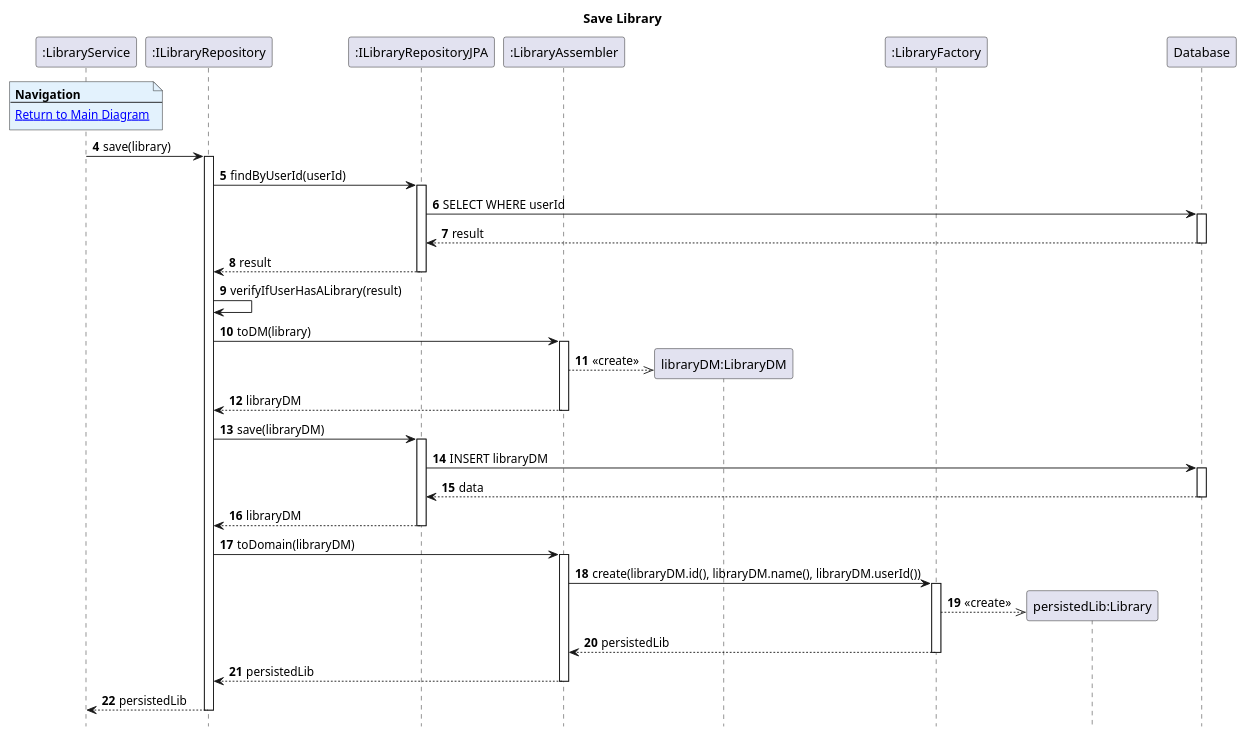
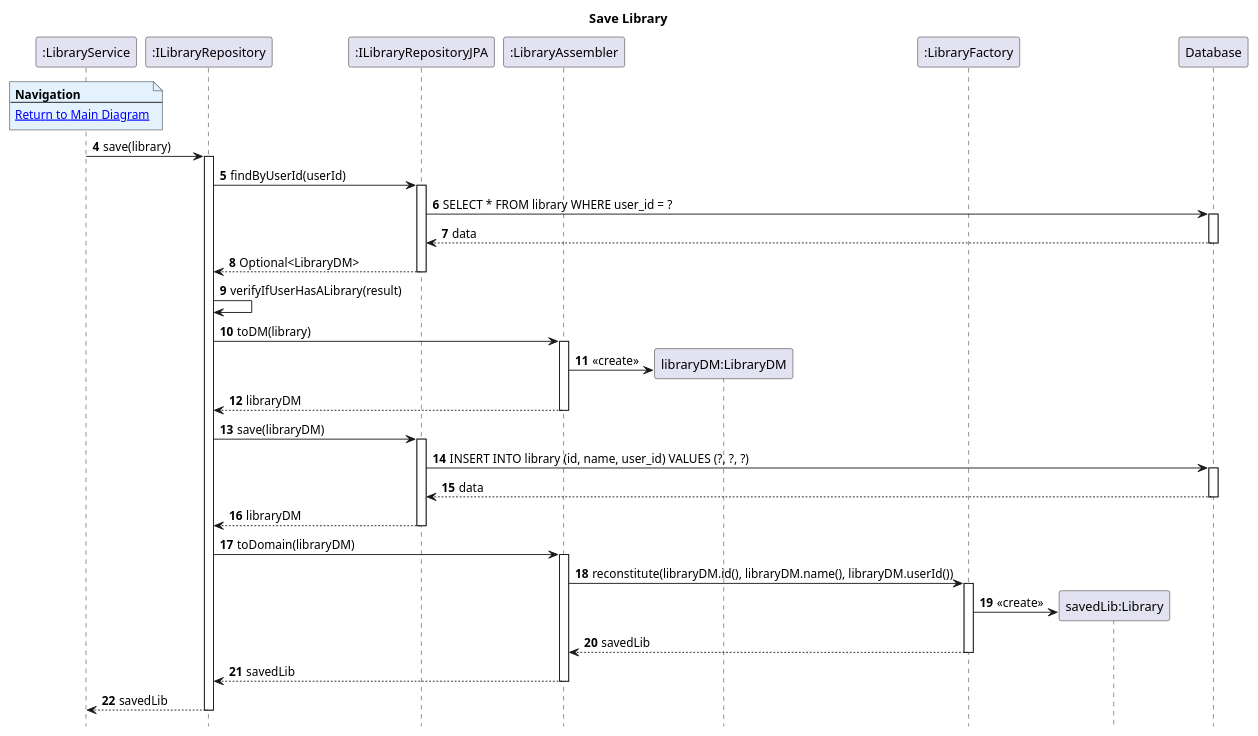
One commit to AndrePereiraGitH/SWitCH-Project-Team_A changed the diagram in Diagrams/SequenceDiagrams/N2/To-Create-Library/4.SaveLibrary.puml. Above: the diagram before and after it, drawn with PlantUML. The commit also changed 3 other files, not shown here.

Commit message:
docs #651:  Update SD & CD to remove UserAssembler, fix SQL and align return types

```diff
--- a/Diagrams/SequenceDiagrams/N2/To-Create-Library/4.SaveLibrary.puml
+++ b/Diagrams/SequenceDiagrams/N2/To-Create-Library/4.SaveLibrary.puml
@@ -1,71 +1,71 @@
 @startuml
 hide footbox
 autonumber 4
 title Save Library
 
 participant ":LibraryService" as service
 participant ":ILibraryRepository" as LibraryRepo
 participant ":ILibraryRepositoryJPA" as libraryJpa
 participant ":LibraryAssembler" as assembler
 participant "libraryDM:LibraryDM" as dm
 participant ":LibraryFactory" as factory
-participant "persistedLib:Library" as persistedLib
+participant "savedLib:Library" as persistedLib
 participant "Database" as db
 
 note over service #E3F2FD
 <b>Navigation</b>
 ---
 [[1.MainDiagram.puml Return to Main Diagram]]
 end note
 
 service -> LibraryRepo: save(library)
 activate LibraryRepo
 
 LibraryRepo -> libraryJpa: findByUserId(userId)
 activate libraryJpa
 
-libraryJpa -> db: SELECT WHERE userId
+libraryJpa -> db: SELECT * FROM library WHERE user_id = ?
 activate db
-db --> libraryJpa: result
+db --> libraryJpa: data
 deactivate db
 
-libraryJpa --> LibraryRepo: result
+libraryJpa --> LibraryRepo: Optional<LibraryDM>
 deactivate libraryJpa
 
 LibraryRepo -> LibraryRepo: verifyIfUserHasALibrary(result)
 
 LibraryRepo -> assembler: toDM(library)
 activate assembler
 
-assembler -->> dm**: <<create>>
+assembler -> dm **: <<create>>
 assembler --> LibraryRepo: libraryDM
 deactivate assembler
 
 LibraryRepo -> libraryJpa: save(libraryDM)
 activate libraryJpa
 
-libraryJpa -> db: INSERT libraryDM
+libraryJpa -> db: INSERT INTO library (id, name, user_id) VALUES (?, ?, ?)
 activate db
 db --> libraryJpa: data
 deactivate db
 
 libraryJpa --> LibraryRepo: libraryDM
 deactivate libraryJpa
 
 LibraryRepo -> assembler: toDomain(libraryDM)
 activate assembler
 
-assembler -> factory: create(libraryDM.id(), libraryDM.name(), libraryDM.userId())
+assembler -> factory: reconstitute(libraryDM.id(), libraryDM.name(), libraryDM.userId())
 activate factory
 
-factory -->> persistedLib**: <<create>>
-factory --> assembler: persistedLib
+factory -> persistedLib **: <<create>>
+factory --> assembler: savedLib
 deactivate factory
 
-assembler --> LibraryRepo: persistedLib
+assembler --> LibraryRepo: savedLib
 deactivate assembler
 
-LibraryRepo --> service: persistedLib
+LibraryRepo --> service: savedLib
 deactivate LibraryRepo
 
 @enduml
```
